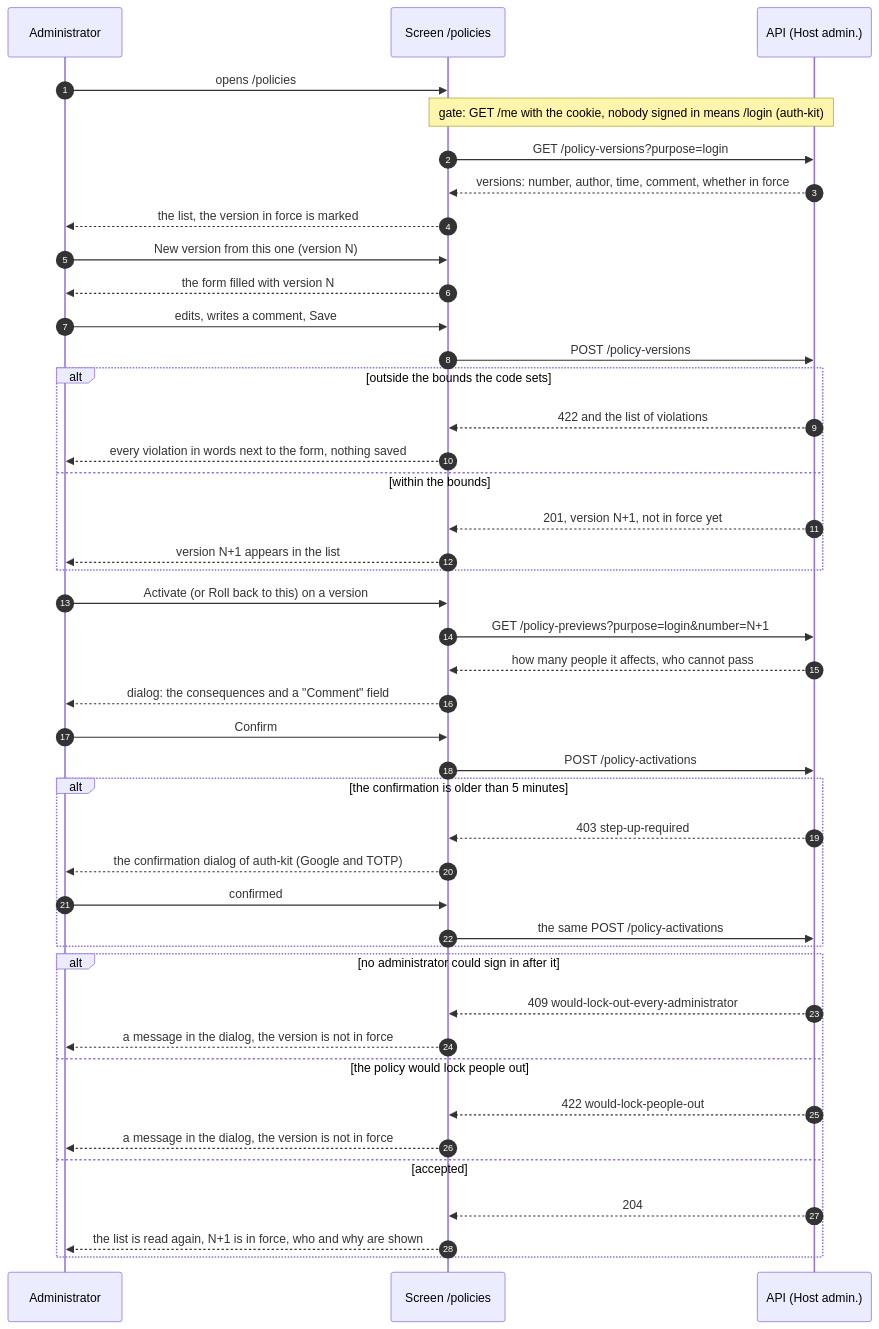
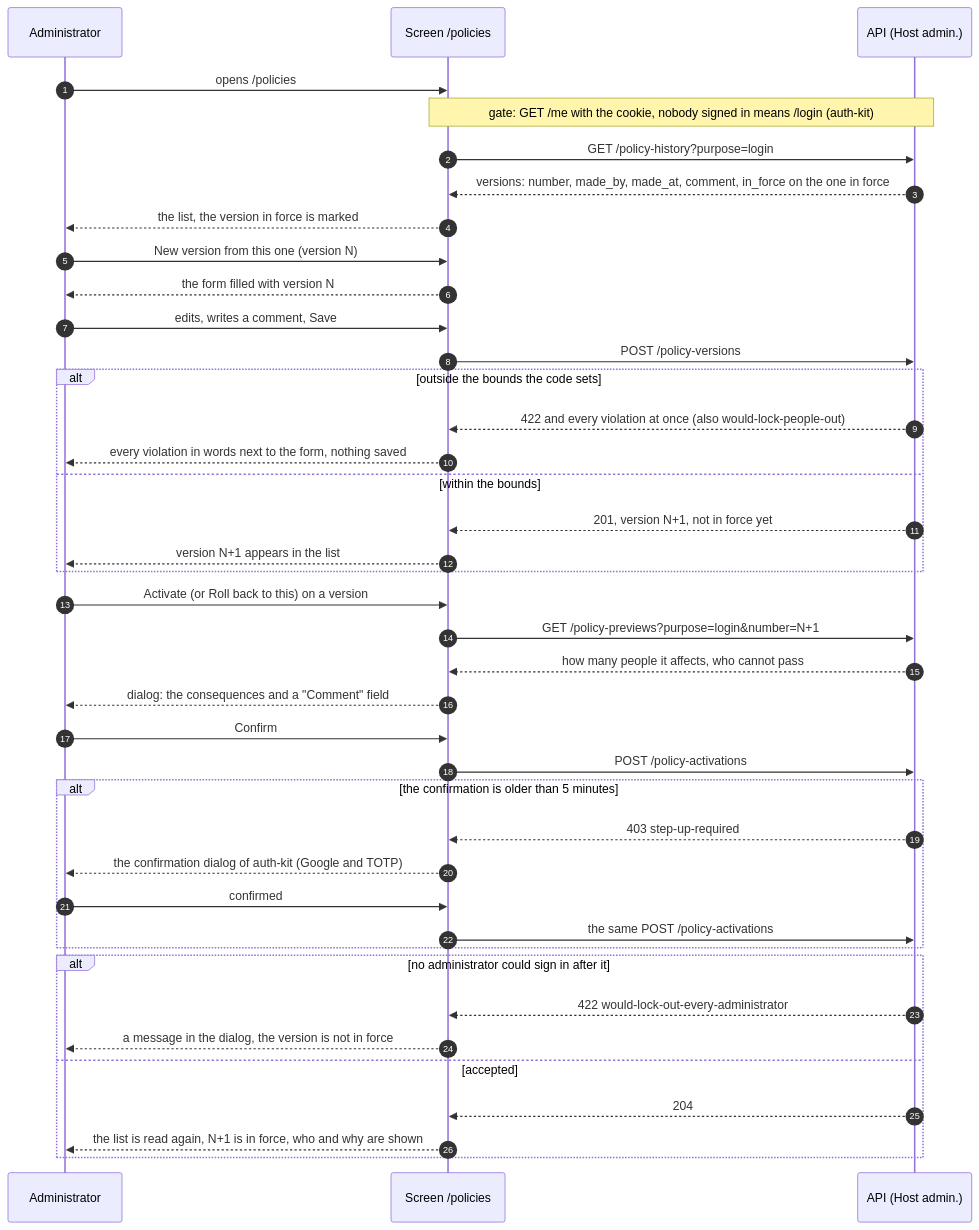
Before and after one commit to yuriisurzhykov/Tallyvane: the fourth of 6 diagrams in docs/backend/07-authentication-slice-7-admin.md, drawn with Mermaid. The commit also changed other lines of this file, not shown here.

First line of the commit message:
Align the 7c diagrams with the pushed 7b contract

````diff
--- a/docs/backend/07-authentication-slice-7-admin.md
+++ b/docs/backend/07-authentication-slice-7-admin.md
@@ -321,45 +328,42 @@
 ```mermaid
 sequenceDiagram
     autonumber
     participant A as Administrator
     participant S as Screen /policies
     participant K as API (Host admin.)
     A->>S: opens /policies
     Note over S,K: gate: GET /me with the cookie, nobody signed in means /login (auth-kit)
-    S->>K: GET /policy-versions?purpose=login
-    K-->>S: versions: number, author, time, comment, whether in force
+    S->>K: GET /policy-history?purpose=login
+    K-->>S: versions: number, made_by, made_at, comment, in_force on the one in force
     S-->>A: the list, the version in force is marked
     A->>S: New version from this one (version N)
     S-->>A: the form filled with version N
     A->>S: edits, writes a comment, Save
     S->>K: POST /policy-versions
     alt outside the bounds the code sets
-        K-->>S: 422 and the list of violations
+        K-->>S: 422 and every violation at once (also would-lock-people-out)
         S-->>A: every violation in words next to the form, nothing saved
     else within the bounds
         K-->>S: 201, version N+1, not in force yet
         S-->>A: version N+1 appears in the list
     end
     A->>S: Activate (or Roll back to this) on a version
     S->>K: GET /policy-previews?purpose=login&number=N+1
     K-->>S: how many people it affects, who cannot pass
     S-->>A: dialog: the consequences and a "Comment" field
     A->>S: Confirm
     S->>K: POST /policy-activations
     alt the confirmation is older than 5 minutes
         K-->>S: 403 step-up-required
         S-->>A: the confirmation dialog of auth-kit (Google and TOTP)
         A->>S: confirmed
         S->>K: the same POST /policy-activations
     end
     alt no administrator could sign in after it
-        K-->>S: 409 would-lock-out-every-administrator
-        S-->>A: a message in the dialog, the version is not in force
-    else the policy would lock people out
-        K-->>S: 422 would-lock-people-out
+        K-->>S: 422 would-lock-out-every-administrator
         S-->>A: a message in the dialog, the version is not in force
     else accepted
         K-->>S: 204
         S-->>A: the list is read again, N+1 is in force, who and why are shown
     end
 ```
````
